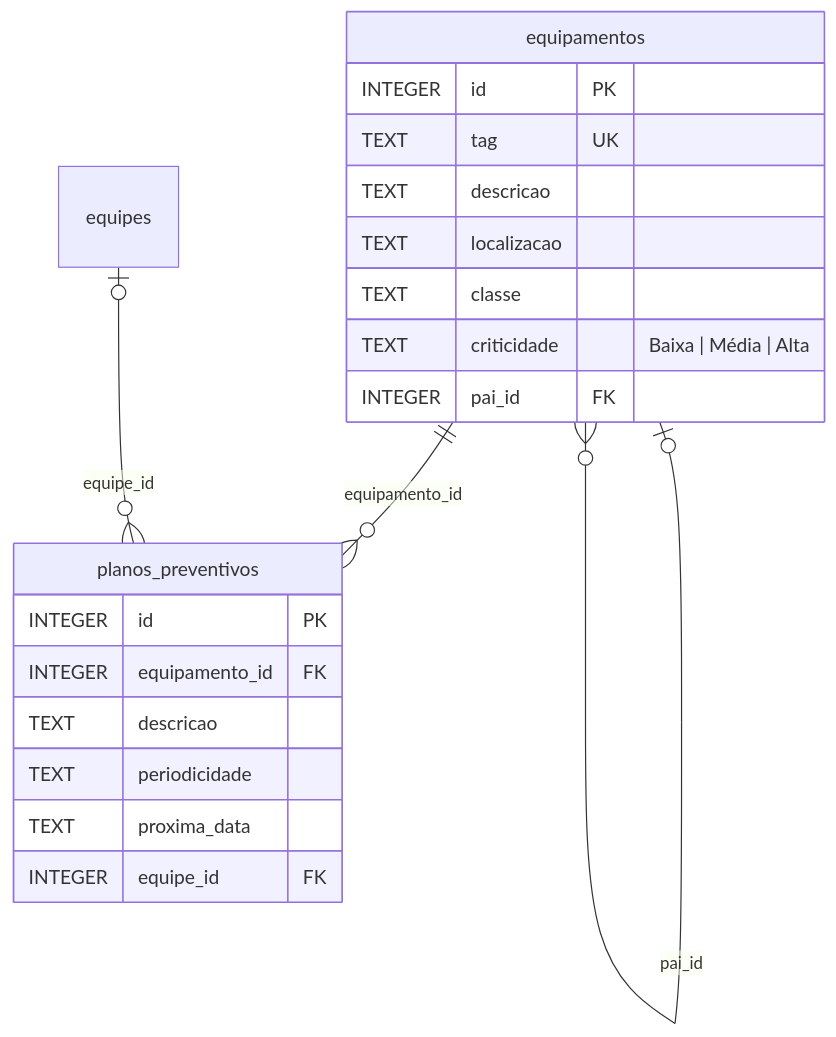
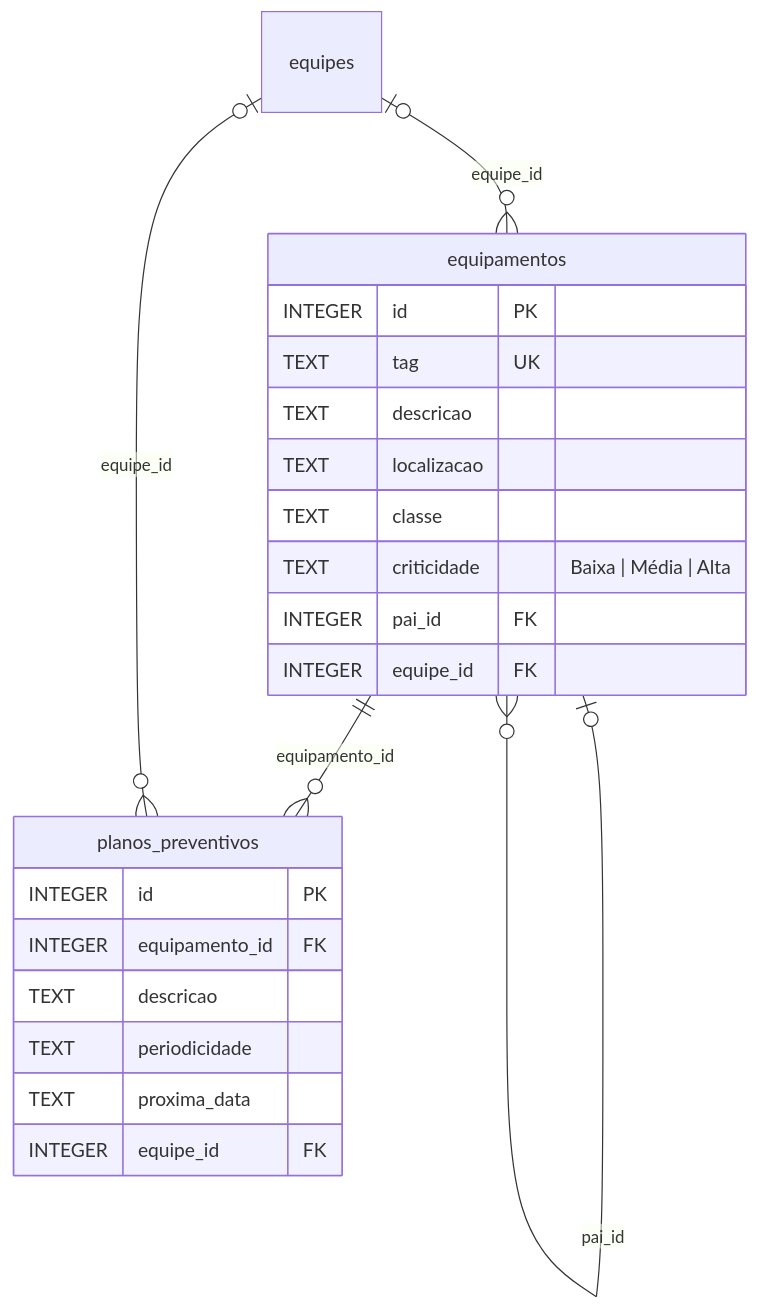
One commit to stephanyserri-senai/sigma-ccm-v3 changed the third of 9 diagrams in docs/banco-de-dados.md. Above: the diagram before and after it, drawn with Mermaid. The commit also changed other lines of this file and 30 other files, not shown here.

````diff
--- a/docs/banco-de-dados.md
+++ b/docs/banco-de-dados.md
@@ -190,23 +192,25 @@
 ```mermaid
 erDiagram
   equipamentos {
     INTEGER id PK
     TEXT tag UK
     TEXT descricao
     TEXT localizacao
     TEXT classe
     TEXT criticidade "Baixa | Média | Alta"
     INTEGER pai_id FK
+    INTEGER equipe_id FK
   }
   planos_preventivos {
     INTEGER id PK
     INTEGER equipamento_id FK
     TEXT descricao
     TEXT periodicidade
     TEXT proxima_data
     INTEGER equipe_id FK
   }
   equipamentos o|--o{ equipamentos : "pai_id"
+  equipes o|--o{ equipamentos : "equipe_id"
   equipamentos ||--o{ planos_preventivos : "equipamento_id"
   equipes o|--o{ planos_preventivos : "equipe_id"
 ```
````
